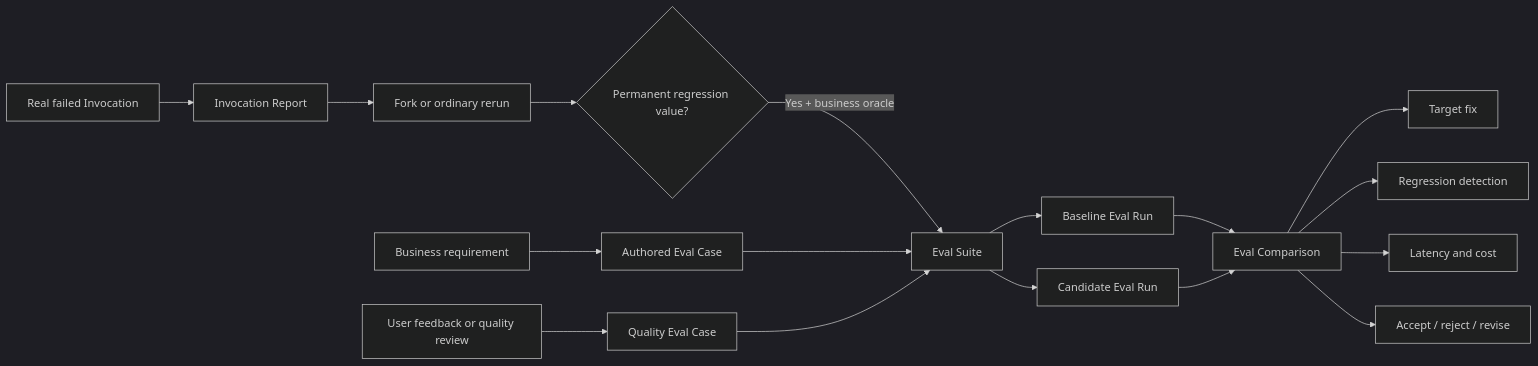
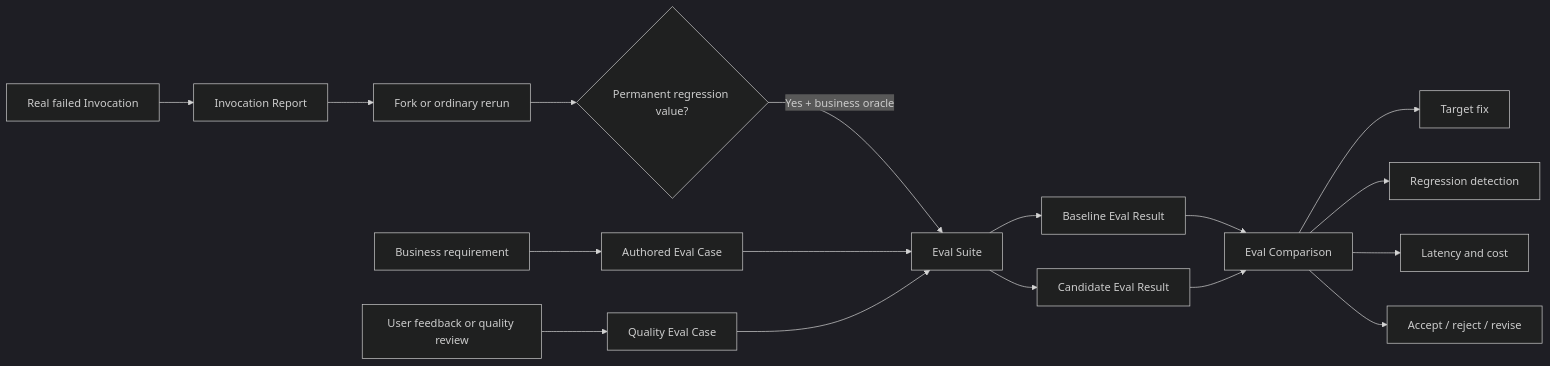
The third of 4 diagrams in MVP2.md (lilislight/AutoAgent), drawn with Mermaid (dark theme) before and after one commit. The commit also changed other lines of this file and 12 other files, not shown here.

````diff
--- a/MVP2.md
+++ b/MVP2.md
@@ -156,22 +156,22 @@
 ```mermaid
 flowchart LR
     REQUIREMENT["Business requirement"] --> AUTHORED["Authored Eval Case"]
     INCIDENT["Real failed Invocation"] --> REPORT["Invocation Report"]
     FEEDBACK["User feedback or quality review"] --> QUALITY["Quality Eval Case"]
 
     REPORT --> DEBUG["Fork or ordinary rerun"]
     DEBUG --> QUALIFY{"Permanent regression value?"}
     QUALIFY -->|"Yes + business oracle"| SUITE["Eval Suite"]
     AUTHORED --> SUITE
     QUALITY --> SUITE
 
-    SUITE --> BASELINE["Baseline Eval Run"]
-    SUITE --> CANDIDATE["Candidate Eval Run"]
+    SUITE --> BASELINE["Baseline Eval Result"]
+    SUITE --> CANDIDATE["Candidate Eval Result"]
     BASELINE --> COMPARE["Eval Comparison"]
     CANDIDATE --> COMPARE
 
     COMPARE --> FIX["Target fix"]
     COMPARE --> REGRESSION["Regression detection"]
     COMPARE --> PERF["Latency and cost"]
     COMPARE --> DECISION["Accept / reject / revise"]
 ```
````
